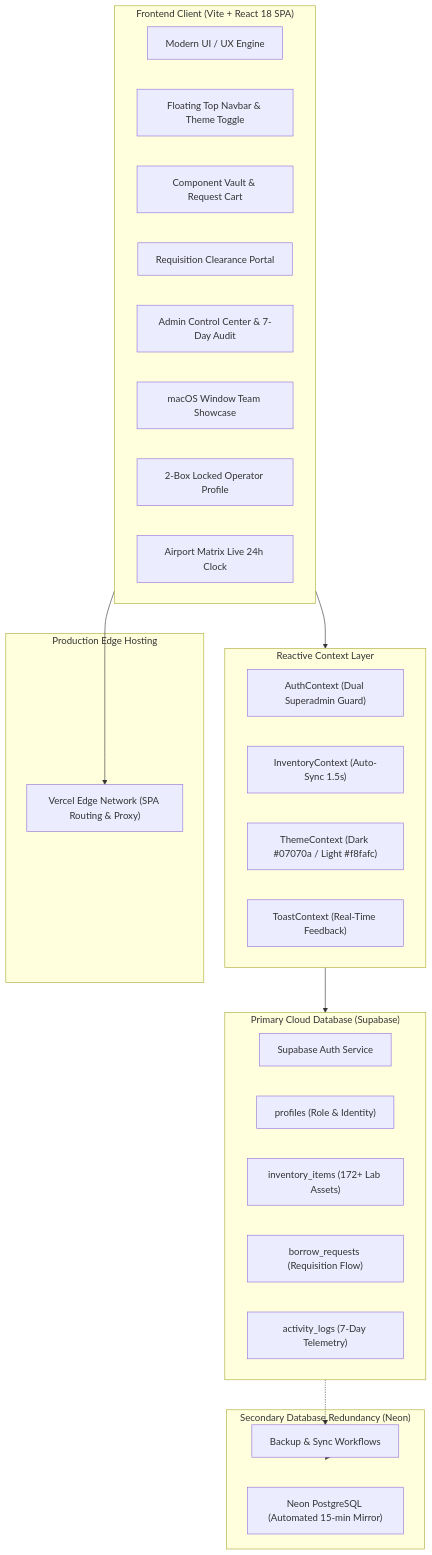
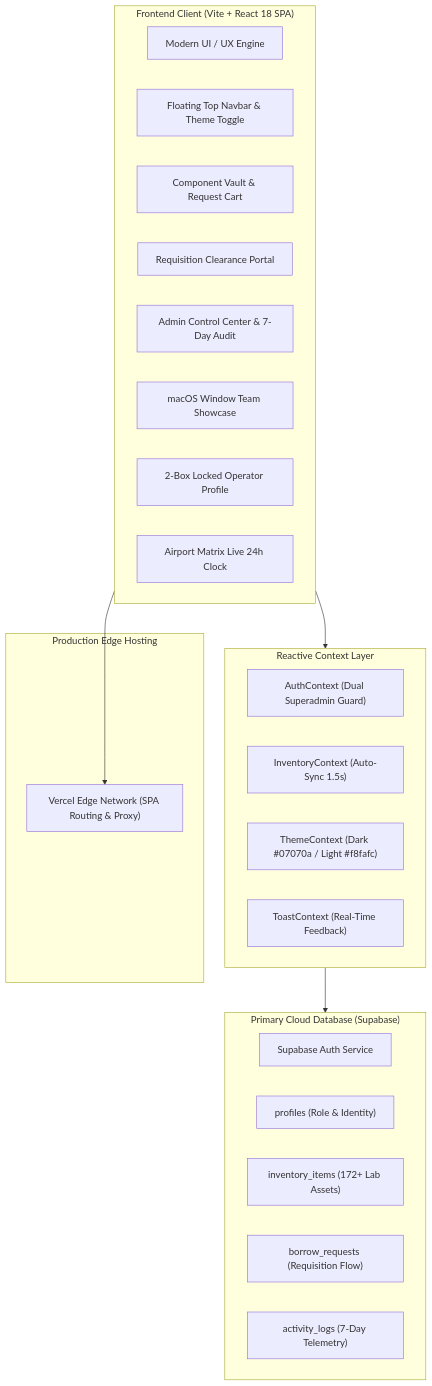
The first of 2 diagrams in DEEPDIVE.md (simplyvardaan/cicr_inventory_), drawn with Mermaid before and after one commit. The commit also changed other lines of this file and 17 other files, not shown here.

Commit message:
deleted neon backup for time being, will be readded in the future. revert to commit id 12983b9ab0ca49a64d5c7789b59142b8687cfff3 for the backup changes.

````diff
--- a/DEEPDIVE.md
+++ b/DEEPDIVE.md
@@ -75,42 +73,36 @@
 ```mermaid
 flowchart TD
     subgraph Client["Frontend Client (Vite + React 18 SPA)"]
         UI["Modern UI / UX Engine"]
         TopNav["Floating Top Navbar & Theme Toggle"]
         Vault["Component Vault & Request Cart"]
         Clearance["Requisition Clearance Portal"]
         AdminHub["Admin Control Center & 7-Day Audit"]
         TeamShowcase["macOS Window Team Showcase"]
         Profile["2-Box Locked Operator Profile"]
         ClockHUD["Airport Matrix Live 24h Clock"]
     end
 
     subgraph State["Reactive Context Layer"]
         AuthCtx["AuthContext (Dual Superadmin Guard)"]
         InvCtx["InventoryContext (Auto-Sync 1.5s)"]
         ThemeCtx["ThemeContext (Dark #07070a / Light #f8fafc)"]
         ToastCtx["ToastContext (Real-Time Feedback)"]
     end
 
     subgraph Cloud["Primary Cloud Database (Supabase)"]
         AuthService["Supabase Auth Service"]
         ProfilesTable["profiles (Role & Identity)"]
         InventoryTable["inventory_items (172+ Lab Assets)"]
         BorrowTable["borrow_requests (Requisition Flow)"]
         LogsTable["activity_logs (7-Day Telemetry)"]
     end
 
-    subgraph Secondary["Secondary Database Redundancy (Neon)"]
-        NeonDB["Neon PostgreSQL (Automated 15-min Mirror)"]
-        BackupScripts["Backup & Sync Workflows"]
-    end
-
     subgraph CDN["Production Edge Hosting"]
         Vercel["Vercel Edge Network (SPA Routing & Proxy)"]
     end
 
     Client --> State
     State --> Cloud
-    Cloud -.-> BackupScripts -.-> Secondary
     Client --> Vercel
 ```
````
